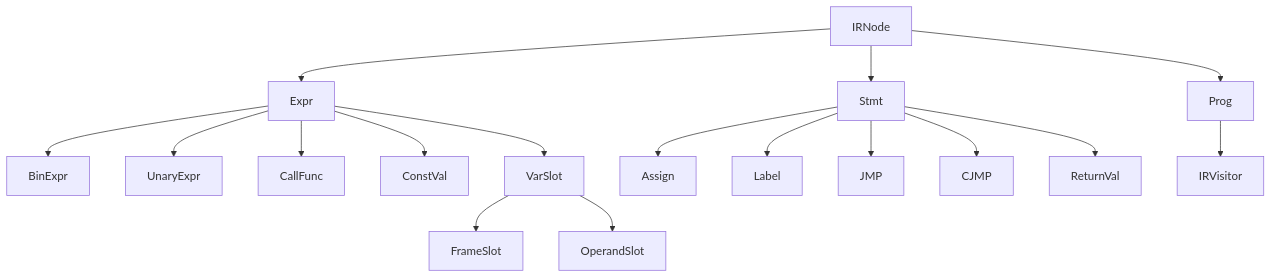
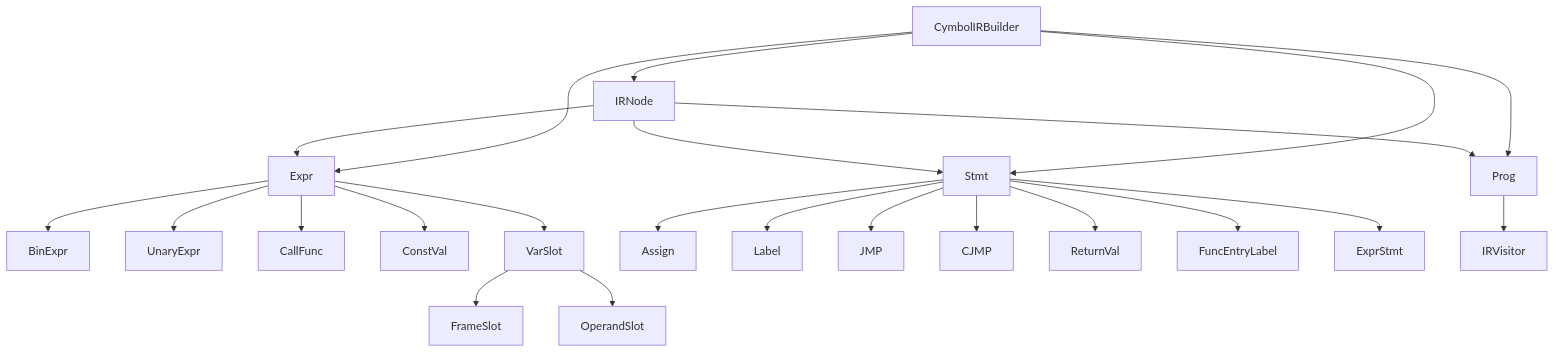
One commit to whtoo/How_to_implment_PL_in_Antlr4 changed the fourth of 13 diagrams in ep20/docs/module-interaction.md. Above: the diagram before and after it, drawn with Mermaid. The commit also changed other lines of this file and 11 other files, not shown here.

First line of the commit message:
docs(README): 更新项目文档和架构图

````diff
--- a/ep20/docs/module-interaction.md
+++ b/ep20/docs/module-interaction.md
@@ -74,23 +103,30 @@
 ```mermaid
 graph TD
     A[IRNode] --> B[Expr]
     A --> C[Stmt]
     A --> D[Prog]
     
     B --> E[BinExpr]
     B --> F[UnaryExpr]
     B --> G[CallFunc]
     B --> H[ConstVal]
     B --> I[VarSlot]
     
     I --> J[FrameSlot]
     I --> K[OperandSlot]
     
     C --> L[Assign]
     C --> M[Label]
     C --> N[JMP]
     C --> O[CJMP]
     C --> P[ReturnVal]
+    C --> Q[FuncEntryLabel]
+    C --> R[ExprStmt]
     
-    D --> Q[IRVisitor]
+    D --> S[IRVisitor]
+    
+    T[CymbolIRBuilder] --> A
+    T --> B
+    T --> C
+    T --> D
 ```
````
